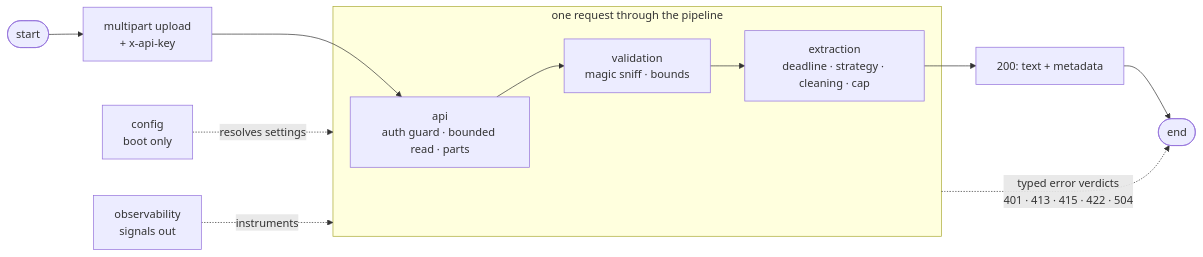
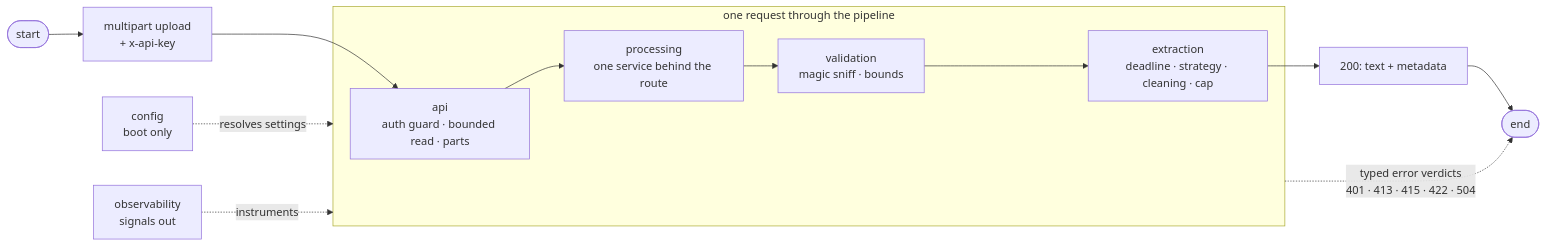
Before and after one commit to kunalPisolkar24/detectAI: the diagram in services/document-parser/docs/README.md, drawn with Mermaid. The commit also changed other lines of this file and 45 other files, not shown here.

Commit message:
Compose validation and extraction behind a document processing service

````diff
--- a/services/document-parser/docs/README.md
+++ b/services/document-parser/docs/README.md
@@ -50,15 +50,16 @@
 ```mermaid
 graph LR
     START(["start"]) --> REQ["multipart upload<br/>+ x-api-key"]
 
     subgraph PIPE["one request through the pipeline"]
-        API["api<br/>auth guard · bounded read · parts"] --> VAL["validation<br/>magic sniff · bounds"]
+        API["api<br/>auth guard · bounded read · parts"] --> PROC["processing<br/>one service behind the route"]
+        PROC --> VAL["validation<br/>magic sniff · bounds"]
         VAL --> EXT["extraction<br/>deadline · strategy · cleaning · cap"]
     end
 
     REQ --> API
     EXT --> RES["200: text + metadata"] --> END(["end"])
     PIPE -.->|"typed error verdicts<br/>401 · 413 · 415 · 422 · 504"| END
     CFG["config<br/>boot only"] -.->|resolves settings| PIPE
     OBS["observability<br/>signals out"] -.->|instruments| PIPE
 ```
````
